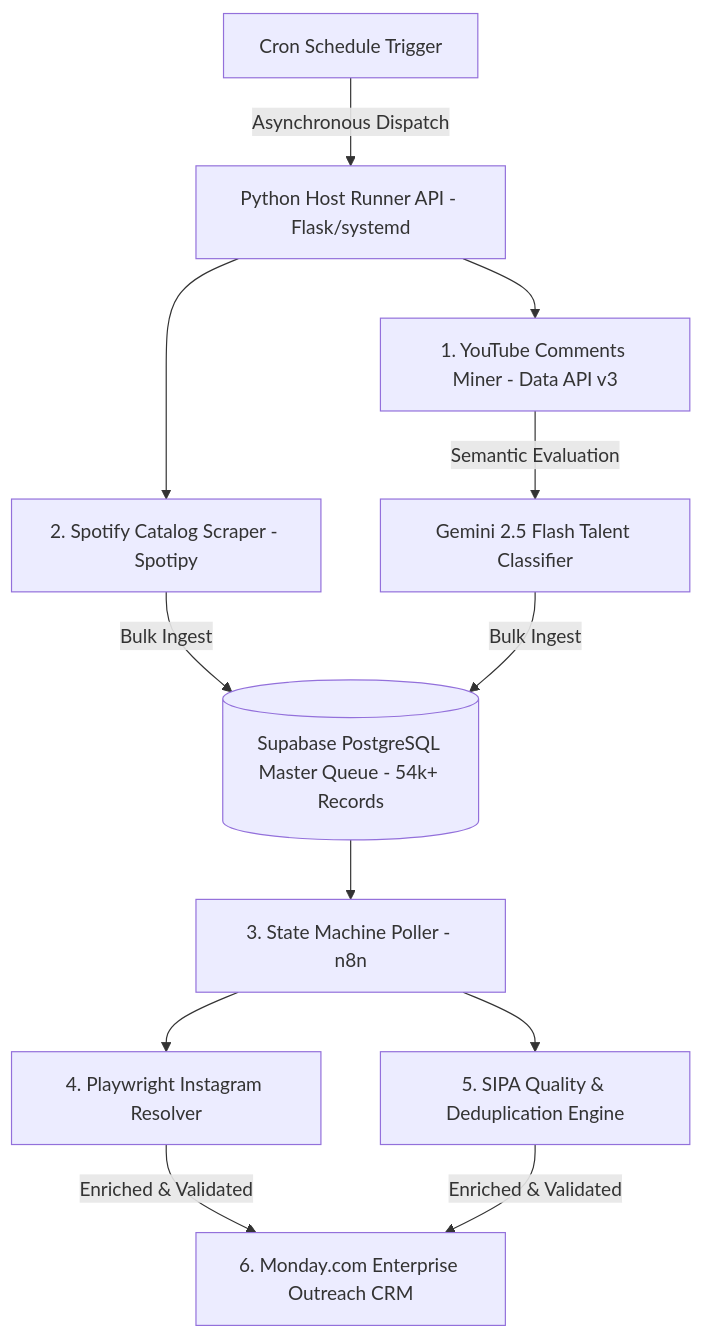
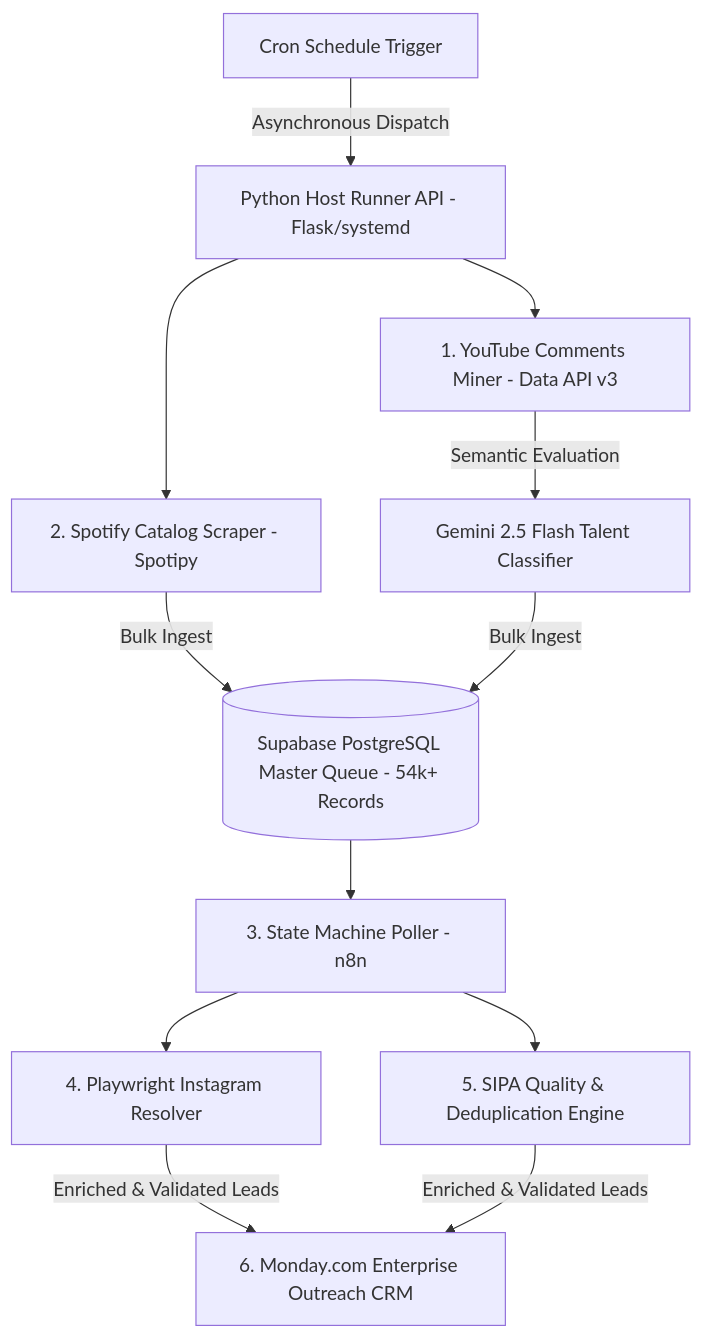
The diagram in README.md (jraphaelbarbosa/beatmatch-ai-automation-hub), drawn with Mermaid before and after one commit. The commit also changed other lines of this file and 1 other file, not shown here.

````diff
--- a/README.md
+++ b/README.md
@@ -20,12 +29,12 @@
 ```mermaid
 flowchart TD
     A[Cron Schedule Trigger] -->|Asynchronous Dispatch| B[Python Host Runner API - Flask/systemd]
     B --> C[1. YouTube Comments Miner - Data API v3]
     B --> D[2. Spotify Catalog Scraper - Spotipy]
     C -->|Semantic Evaluation| E[Gemini 2.5 Flash Talent Classifier]
     D & E -->|Bulk Ingest| F[(Supabase PostgreSQL Master Queue - 54k+ Records)]
     F --> G[3. State Machine Poller - n8n]
     G --> H[4. Playwright Instagram Resolver]
     G --> I[5. SIPA Quality & Deduplication Engine]
-    H & I -->|Enriched & Validated| J[6. Monday.com Enterprise Outreach CRM]
+    H & I -->|Enriched & Validated Leads| J[6. Monday.com Enterprise Outreach CRM]
 ```
````
